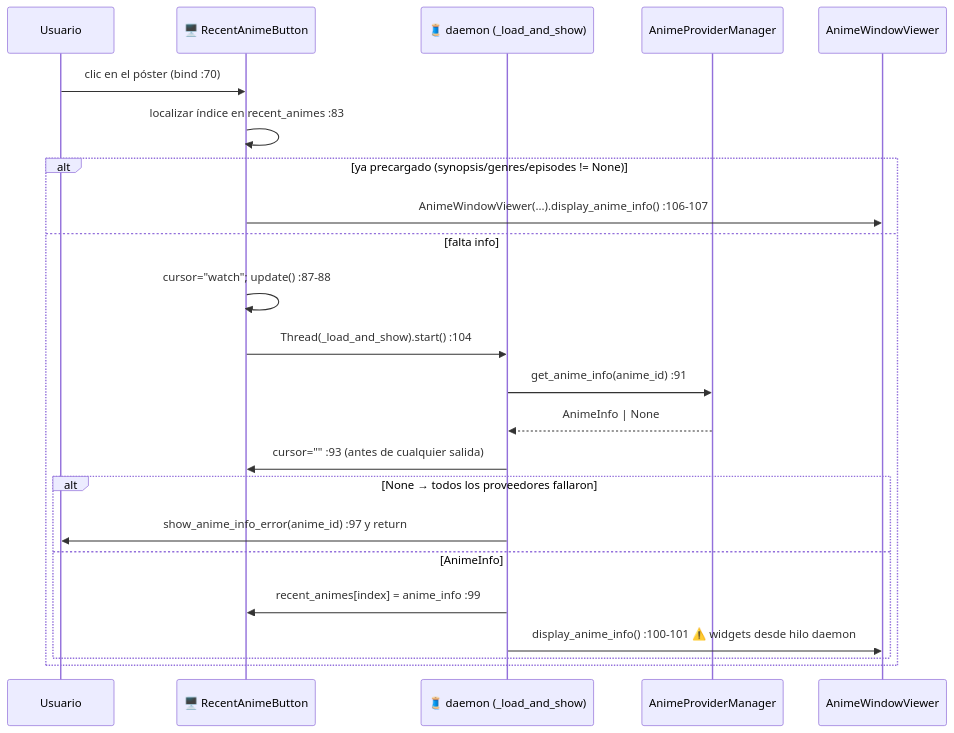
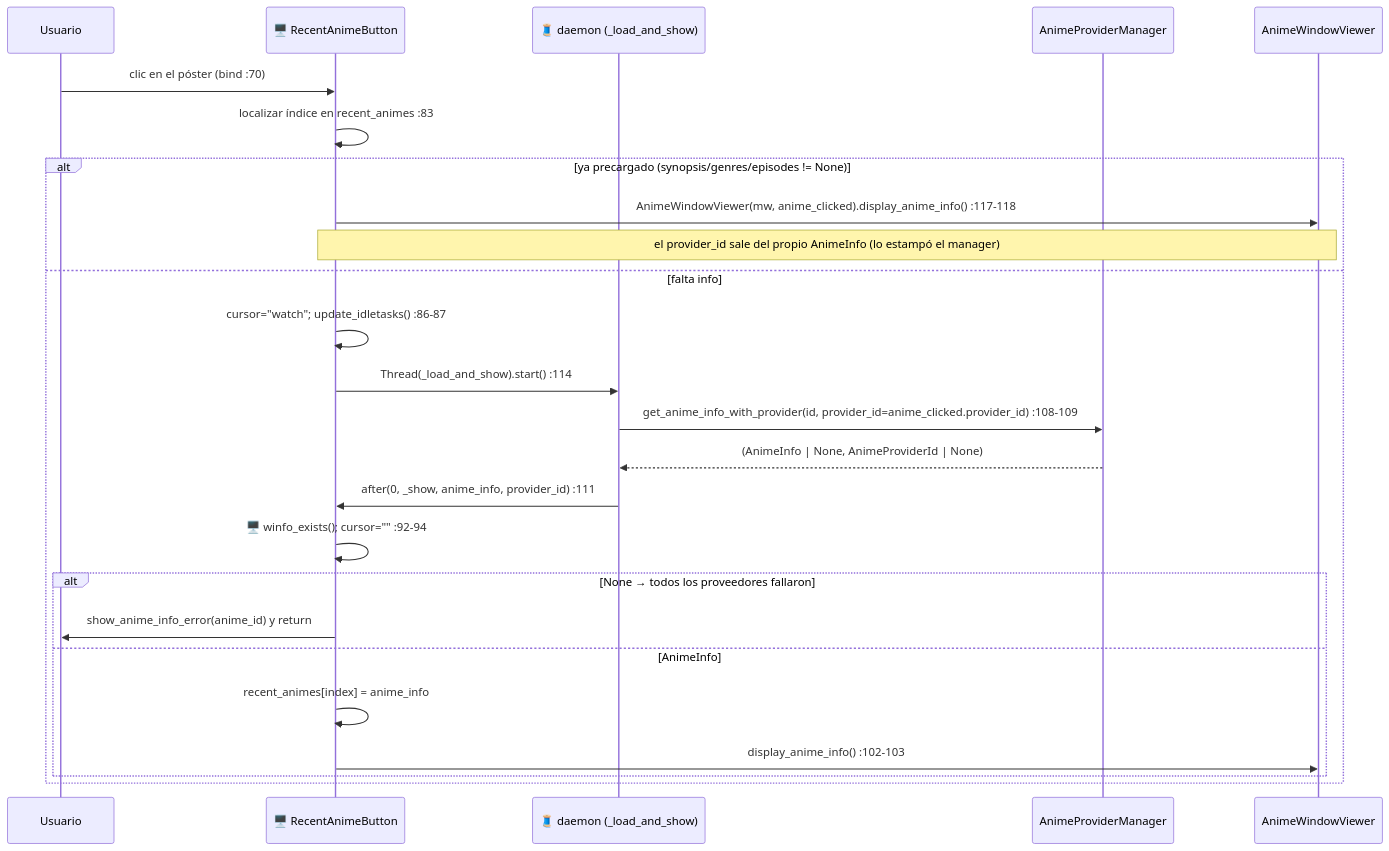
Before and after one commit to DavidEscri/BibliotecaAnime: the third of 12 diagrams in .claude/docs/03-flujos-de-ejecucion.md, drawn with Mermaid. The commit also changed other lines of this file and 15 other files, not shown here.

````diff
--- a/.claude/docs/03-flujos-de-ejecucion.md
+++ b/.claude/docs/03-flujos-de-ejecucion.md
@@ -108,26 +122,28 @@
 ```mermaid
 sequenceDiagram
     participant U as Usuario
     participant V as 🖥️ RecentAnimeButton
     participant T as 🧵 daemon (_load_and_show)
     participant MGR as AnimeProviderManager
     participant AW as AnimeWindowViewer
 
     U->>V: clic en el póster  (bind :70)
     V->>V: localizar índice en recent_animes :83
     alt ya precargado (synopsis/genres/episodes != None)
-        V->>AW: AnimeWindowViewer(...).display_anime_info() :106-107
+        V->>AW: AnimeWindowViewer(mw, anime_clicked).display_anime_info() :117-118
+        Note over V,AW: el provider_id sale del propio AnimeInfo (lo estampó el manager)
     else falta info
-        V->>V: cursor="watch"#59; update() :87-88
-        V->>T: Thread(_load_and_show).start() :104
-        T->>MGR: get_anime_info(anime_id) :91
-        MGR-->>T: AnimeInfo | None
-        T->>V: cursor="" :93  (antes de cualquier salida)
+        V->>V: cursor="watch"#59; update_idletasks() :86-87
+        V->>T: Thread(_load_and_show).start() :114
+        T->>MGR: get_anime_info_with_provider(id, provider_id=anime_clicked.provider_id) :108-109
+        MGR-->>T: (AnimeInfo | None, AnimeProviderId | None)
+        T->>V: after(0, _show, anime_info, provider_id) :111
+        V->>V: 🖥️ winfo_exists()#59; cursor="" :92-94
         alt None → todos los proveedores fallaron
-            T->>U: show_anime_info_error(anime_id) :97 y return
+            V->>U: show_anime_info_error(anime_id) y return
         else AnimeInfo
-            T->>V: recent_animes[index] = anime_info :99
-            T->>AW: display_anime_info() :100-101  ⚠️ widgets desde hilo daemon
+            V->>V: recent_animes[index] = anime_info
+            V->>AW: display_anime_info() :102-103
         end
     end
 ```
````
